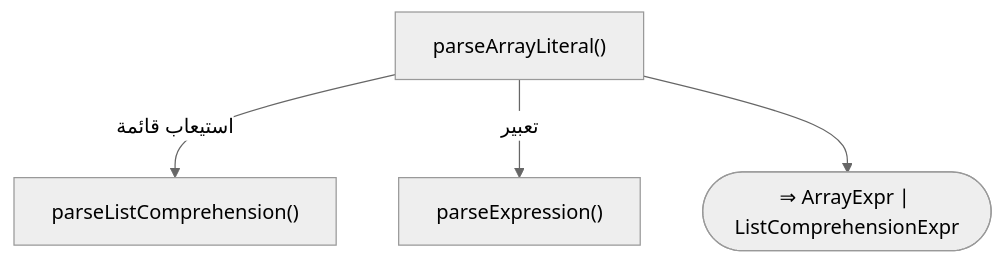
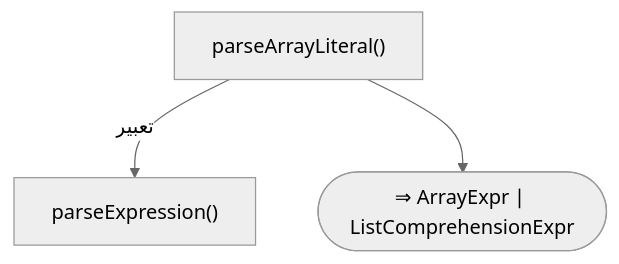
Before and after one commit to sadlang/sadlang: diagram 48 of 51 in docs/parser_rule/_generated/40_expressions.md, drawn with Mermaid (neutral theme). The commit also changed other lines of this file and 283 other files, not shown here.

````diff
--- a/docs/parser_rule/_generated/40_expressions.md
+++ b/docs/parser_rule/_generated/40_expressions.md
@@ -1672,10 +1672,8 @@
 ```mermaid
 flowchart TD
   f1["parseArrayLiteral()"]
-  f2["parseListComprehension()"]
-  f1 -- "استيعاب قائمة" --> f2
-  f3["parseExpression()"]
-  f1 -- "تعبير" --> f3
-  f4(["⇒ ArrayExpr ∣ ListComprehensionExpr"])
-  f1 --> f4
+  f2["parseExpression()"]
+  f1 -- "تعبير" --> f2
+  f3(["⇒ ArrayExpr ∣ ListComprehensionExpr"])
+  f1 --> f3
 ```
````
